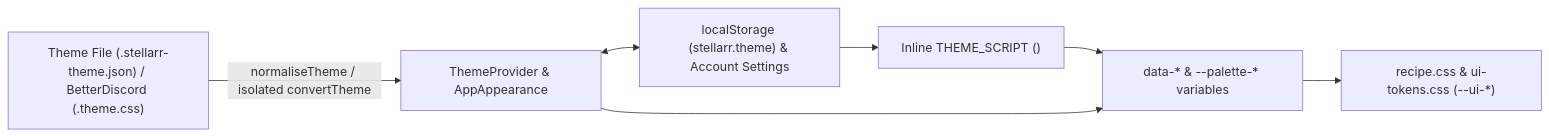
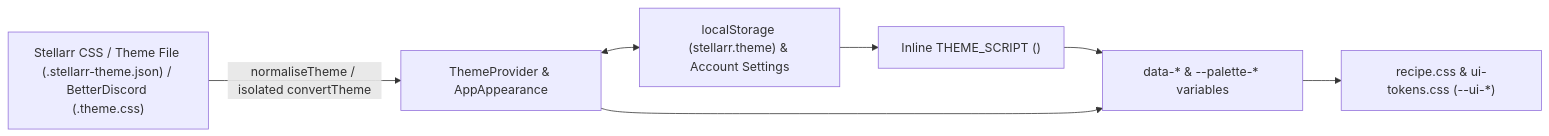
One commit to Arkazzae/Stellar changed the diagram in docs/themes.md. Above: the diagram before and after it, drawn with Mermaid. The commit also changed other lines of this file and 30 other files, not shown here.

````diff
--- a/docs/themes.md
+++ b/docs/themes.md
@@ -7,14 +7,14 @@
 ```mermaid
 flowchart LR
     Storage["localStorage (stellarr.theme) & Account Settings"]
     PrePaint["Inline THEME_SCRIPT (<head>)"]
     Provider["ThemeProvider & AppAppearance"]
     DOM["<html> data-* & --palette-* variables"]
     CSS["recipe.css & ui-tokens.css (--ui-*)"]
-    Import["Theme File (.stellarr-theme.json) / BetterDiscord (.theme.css)"]
+    Import["Stellarr CSS / Theme File (.stellarr-theme.json) / BetterDiscord (.theme.css)"]
 
     Import -->|"normaliseTheme / isolated convertTheme"| Provider
     Storage --> PrePaint --> DOM
     Provider <--> Storage
     Provider --> DOM --> CSS
 ```
````
